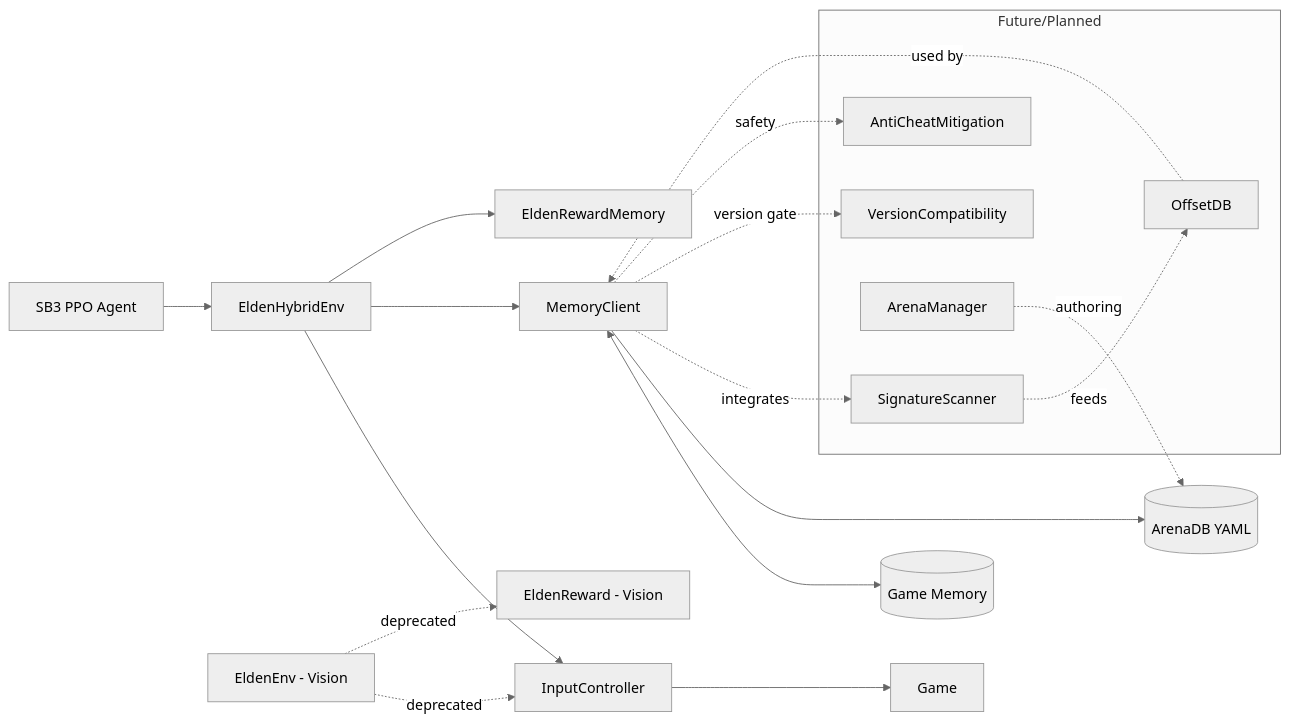
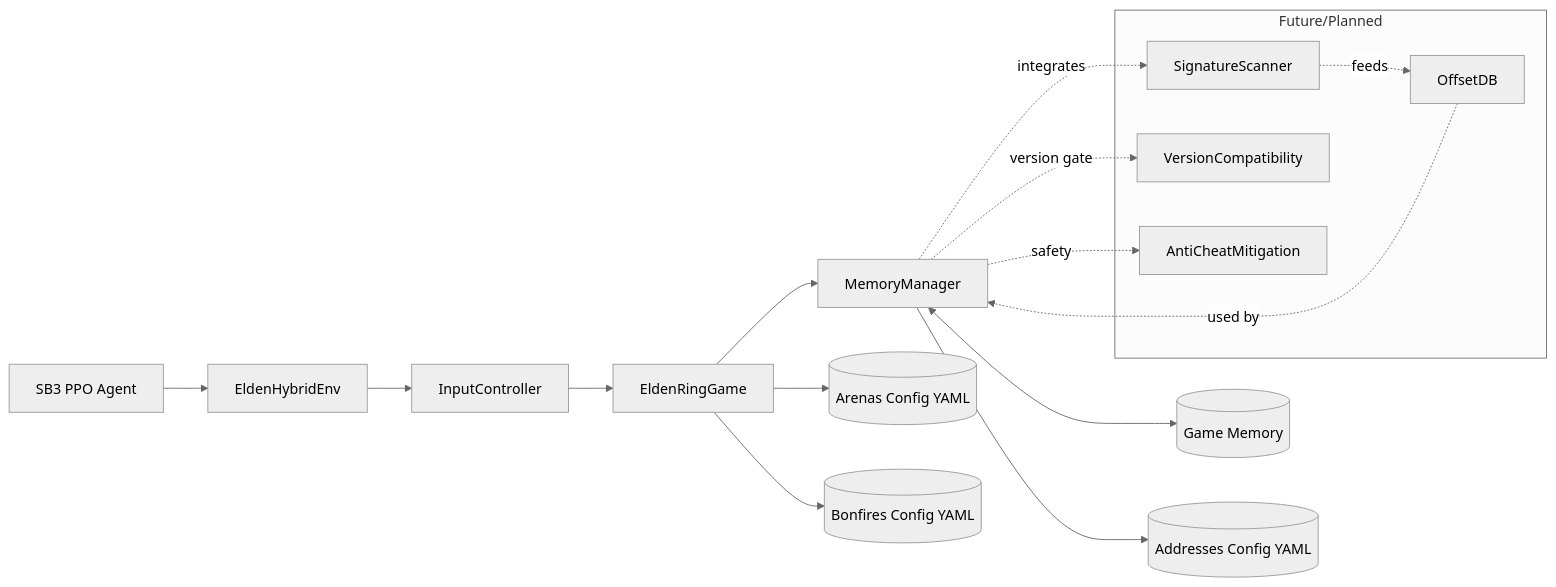
One commit to flannequal/internal_eldenRL changed the diagram in README.md. Above: the diagram before and after it, drawn with Mermaid (neutral theme). The commit also changed other lines of this file and 1 other file, not shown here.

Commit message:
reward shaping + readme update

````diff
--- a/README.md
+++ b/README.md
@@ -54,32 +51,27 @@
 ```mermaid
 flowchart LR
   A[SB3 PPO Agent] --> H[EldenHybridEnv]
 
   H --> C[InputController]
-  C --> G[Game]
+  C --> G[EldenRingGame]
 
-  H --> D[MemoryClient]
+  G --> D[MemoryManager]
   D <--> M[(Game Memory)]
 
-  H --> E[EldenRewardMemory]
+  %% Data/config side
+  G --> F1[(Arenas Config YAML)]
+  G --> F2[(Bonfires Config YAML)]
+  D --> F3[(Addresses Config YAML)]
 
-  %% Data/config side
-  D --> F[(ArenaDB YAML)]
   subgraph Future/Planned
     S[SignatureScanner]
     O[OffsetDB]
     V[VersionCompatibility]
     AC[AntiCheatMitigation]
-    AM[ArenaManager]
   end
   D -. integrates .-> S
   S -. feeds .-> O
   O -. used by .-> D
   D -. version gate .-> V
   D -. safety .-> AC
-  AM -. authoring .-> F
-
-  %% Legacy envs kept for reference only
-  L[EldenEnv - Vision] -.deprecated .-> C
-  L -.deprecated .-> R[EldenReward - Vision]
 ```
````
